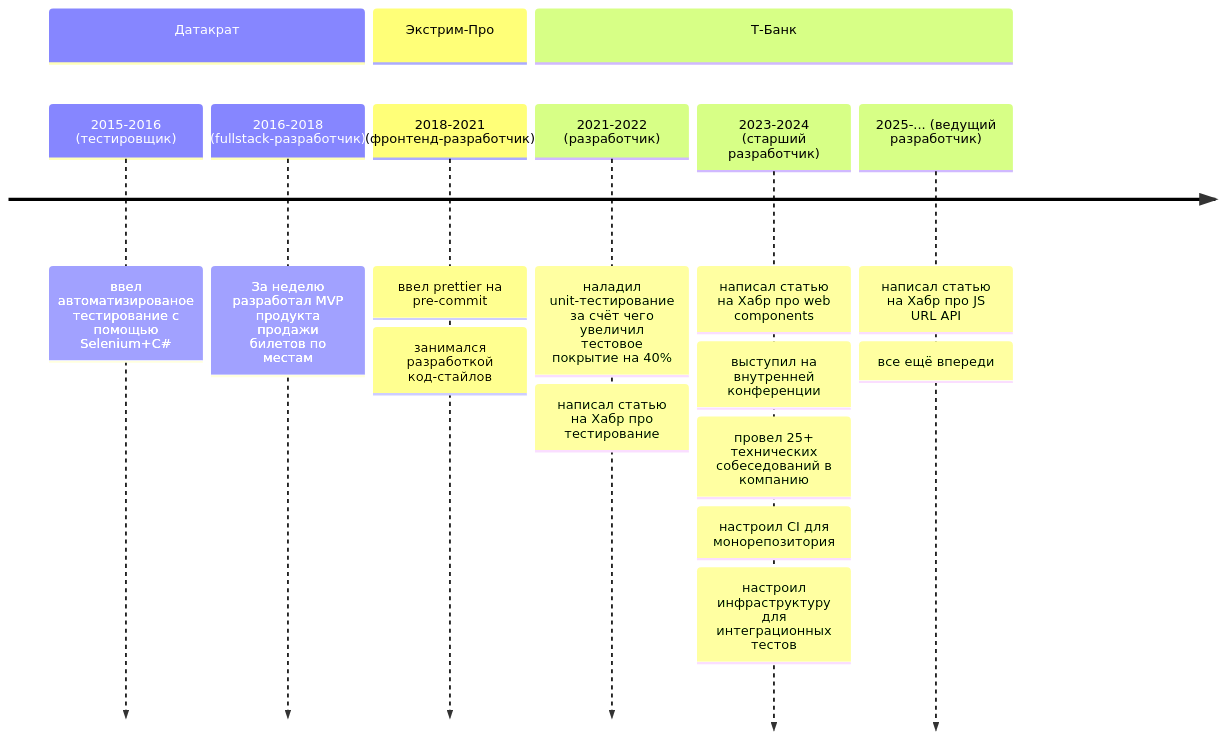
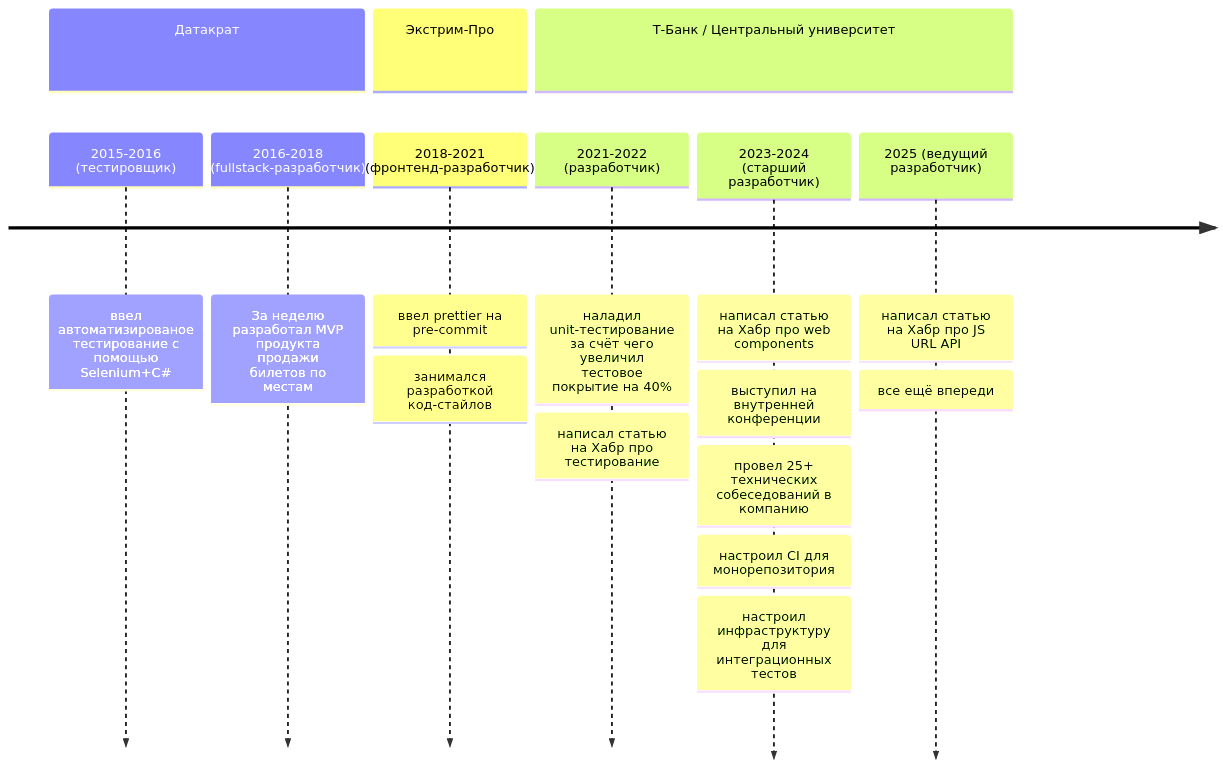
One commit to Goodzonchik/Goodzonchik changed the first of 4 diagrams in README.md. Above: the diagram before and after it, drawn with Mermaid.

````diff
--- a/README.md
+++ b/README.md
@@ -7,19 +7,19 @@
 ```mermaid
 timeline
     section Датакрат
         2015-2016 (тестировщик) : ввел автоматизированое тестирование с помощью Selenium+C#
         2016-2018 (fullstack-разработчик) : За неделю разработал MVP продукта продажи билетов по местам
     section Экстрим-Про
         2018-2021 (фронтенд-разработчик) : ввел prettier на pre-commit
                   : занимался разработкой код-стайлов
-    section Т-Банк
+    section Т-Банк / Центральный университет
         2021-2022 (разработчик) : наладил unit-тестирование за счёт чего увеличил тестовое покрытие на 40%
                   : написал статью на Хабр про тестирование
         2023-2024 (старший разработчик) : написал статью на Хабр про web components
                   : выступил на внутренней конференции
                   : провел 25+ технических собеседований в компанию
                   : настроил CI для монорепозитория
                   : настроил инфраструктуру для интеграционных тестов
-        2025-... (ведущий разработчик) : написал статью на Хабр про JS URL API
+        2025 (ведущий разработчик) : написал статью на Хабр про JS URL API
                   : все ещё впереди
 ```
````
